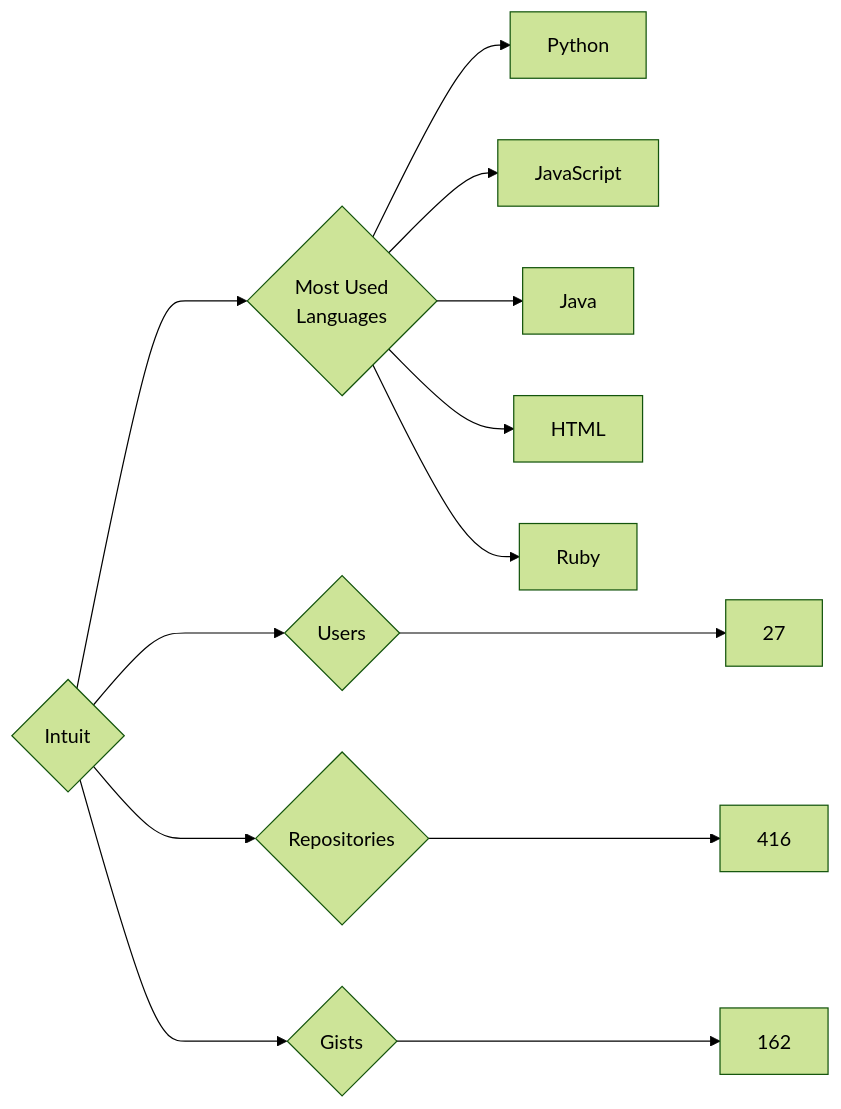
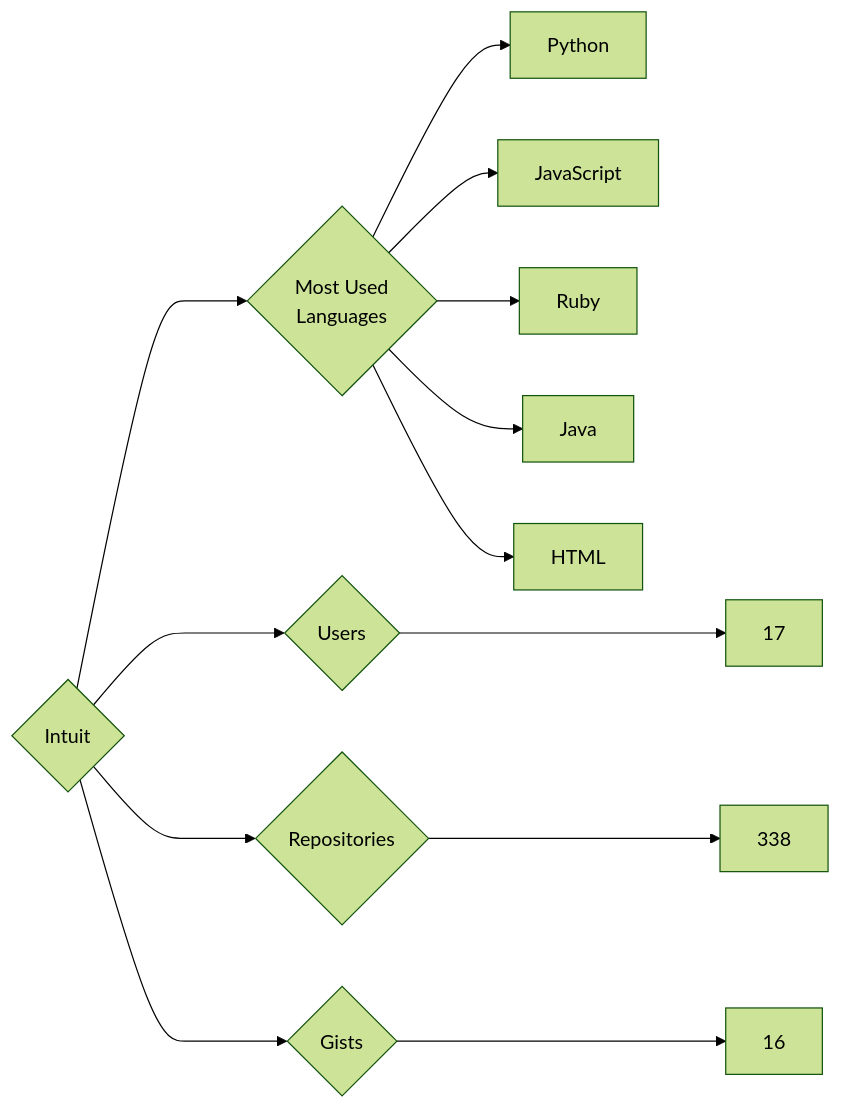
Before and after one commit to trickest/insiders: the diagram in targets/Intuit/README.md, drawn with Mermaid (forest theme). The commit also changed 688 other files, not shown here.

````diff
--- a/targets/Intuit/README.md
+++ b/targets/Intuit/README.md
@@ -3,13 +3,13 @@
 ```mermaid
 graph LR
 COMPANY_NAME{Intuit}
-COMPANY_NAME ---> U{Users} ---> UN[27]
-COMPANY_NAME ---> R{Repositories} ---> RN[416]
-COMPANY_NAME ---> G{Gists} ---> GN[162]
+COMPANY_NAME ---> U{Users} ---> UN[17]
+COMPANY_NAME ---> R{Repositories} ---> RN[338]
+COMPANY_NAME ---> G{Gists} ---> GN[16]
 COMPANY_NAME ---> ML{Most Used<br>Languages}
 ML --> Python[Python]
 ML --> JavaScript[JavaScript]
+ML --> Ruby[Ruby]
 ML --> Java[Java]
 ML --> HTML[HTML]
-ML --> Ruby[Ruby]
 ```
````
